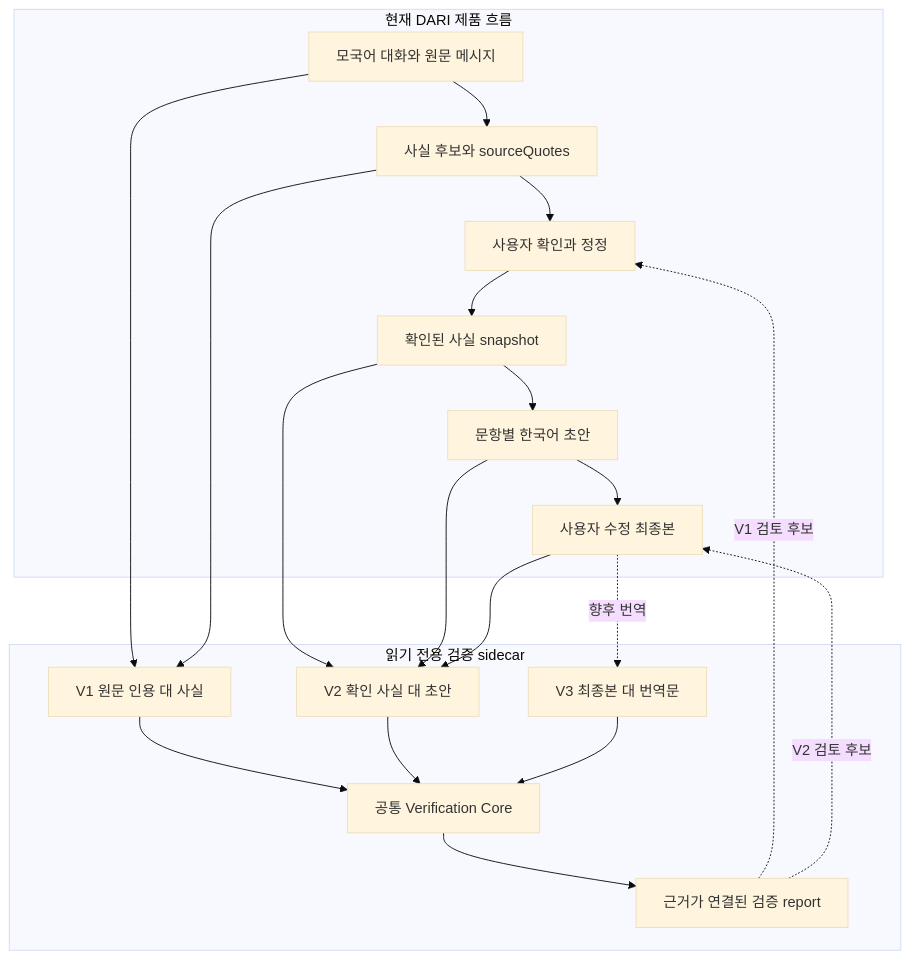
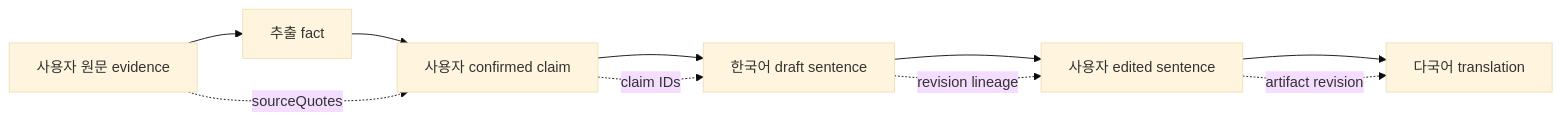
One commit to woojin0220/2026-TechForImpact-DARI changed the first of 3 diagrams in experiments/verification/ARCHITECTURE.md. Above: the diagram before and after it, drawn with Mermaid (base theme). The commit also changed other lines of this file and 6 other files, not shown here.

Commit message:
docs: redesign verification architecture around claim lineage

````diff
--- a/experiments/verification/ARCHITECTURE.md
+++ b/experiments/verification/ARCHITECTURE.md
@@ -42,33 +30,13 @@
 ```mermaid
-flowchart TB
-    subgraph Product[현재 DARI 제품 흐름]
-        M[모국어 대화와 원문 메시지]
-        X[사실 후보와 sourceQuotes]
-        H[사용자 확인과 정정]
-        F[확인된 사실 snapshot]
-        D[문항별 한국어 초안]
-        E[사용자 수정 최종본]
-        M --> X --> H --> F --> D --> E
-    end
+flowchart LR
+    U[사용자 원문 evidence] --> F[추출 fact]
+    F --> C[사용자 confirmed claim]
+    C --> D[한국어 draft sentence]
+    D --> E[사용자 edited sentence]
+    E --> T[다국어 translation]
 
-    subgraph Sidecar[읽기 전용 검증 sidecar]
-        V1[V1 원문 인용 대 사실]
-        V2[V2 확인 사실 대 초안]
-        V3[V3 최종본 대 번역문]
-        C[공통 Verification Core]
-        R[근거가 연결된 검증 report]
-        V1 --> C
-        V2 --> C
-        V3 --> C
-        C --> R
-    end
-
-    M --> V1
-    X --> V1
-    F --> V2
-    D --> V2
-    E --> V2
-    E -. 향후 번역 .-> V3
-    R -. V1 검토 후보 .-> H
-    R -. V2 검토 후보 .-> E
+    U -. sourceQuotes .-> C
+    C -. claim IDs .-> D
+    D -. revision lineage .-> E
+    E -. artifact revision .-> T
 ```
````
